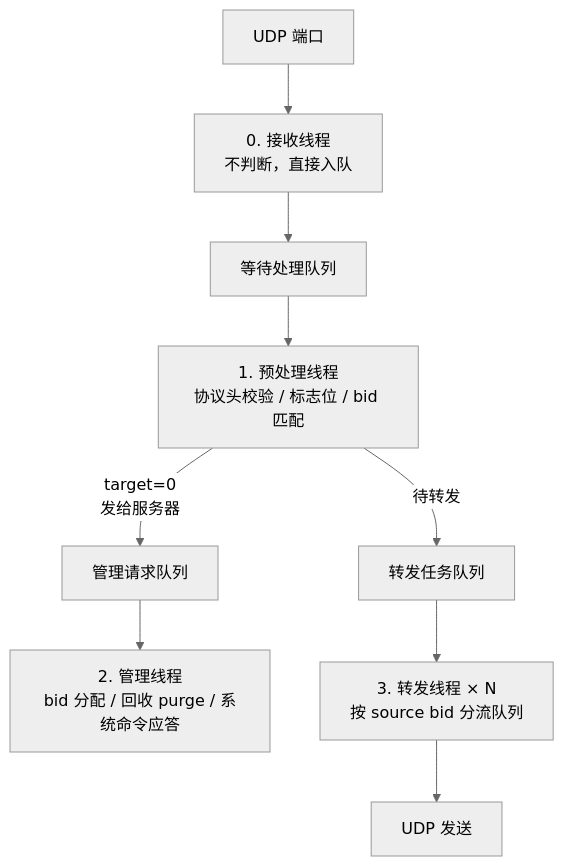
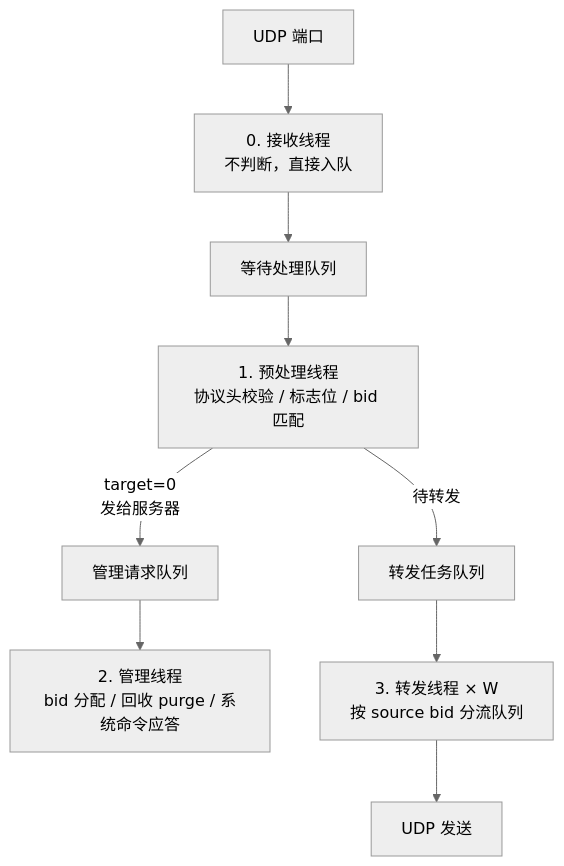
One commit to moky/magpie changed the second of 2 diagrams in docs/architecture.md. Above: the diagram before and after it, drawn with Mermaid (neutral theme). The commit also changed other lines of this file and 5 other files, not shown here.

````diff
--- a/docs/architecture.md
+++ b/docs/architecture.md
@@ -38,11 +38,11 @@
 ```mermaid
 flowchart TD
     UDP[UDP 端口] --> RX[0. 接收线程<br/>不判断，直接入队]
     RX --> WL[等待处理队列]
     WL --> PRE[1. 预处理线程<br/>协议头校验 / 标志位 / bid 匹配]
     PRE -- "target=0<br/>发给服务器" --> MQ[管理请求队列]
     PRE -- "待转发" --> FQ[转发任务队列]
     MQ --> MGMT[2. 管理线程<br/>bid 分配 / 回收 purge / 系统命令应答]
-    FQ --> FWD[3. 转发线程 × N<br/>按 source bid 分流队列]
+    FQ --> FWD[3. 转发线程 × W<br/>按 source bid 分流队列]
     FWD --> OUT[UDP 发送]
 ```
````
